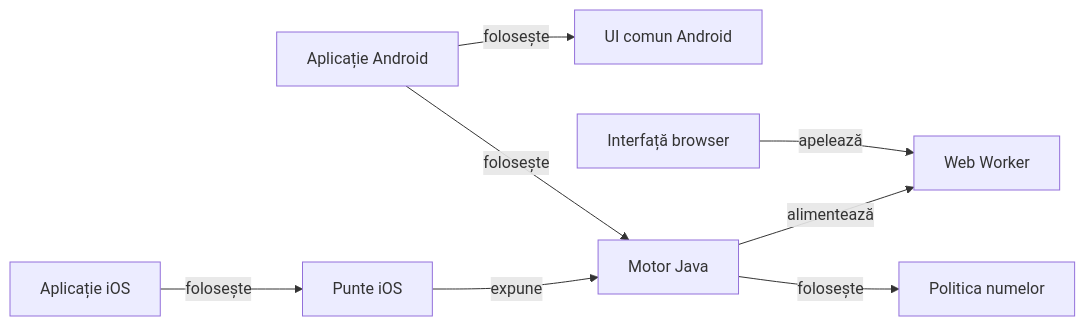
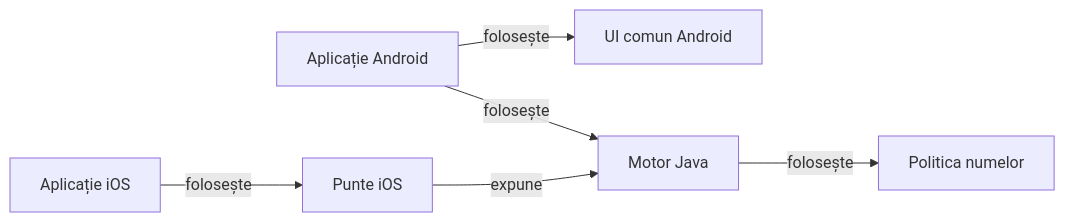
Before and after one commit to crististefanita/atf_j4: the second of 2 diagrams in README.md, drawn with Mermaid. The commit also changed 2 other files, not shown here.

Commit message:
Bind Whist Pages governance to the reviewed diff

````diff
--- a/README.md
+++ b/README.md
@@ -52,18 +52,14 @@
 ```mermaid
 flowchart LR
     app[Aplicație Android]
     atf_card_table_ui[UI comun Android]
     ios[Aplicație iOS]
     ios_bridge[Punte iOS]
-    browser[Interfață browser]
-    worker[Web Worker]
     game_core[Motor Java]
     card_table_names[Politica numelor]
     app -->|folosește| atf_card_table_ui
     app -->|folosește| game_core
     ios -->|folosește| ios_bridge
     ios_bridge -->|expune| game_core
-    browser -->|apelează| worker
-    game_core -->|alimentează| worker
     game_core -->|folosește| card_table_names
 ```
````
